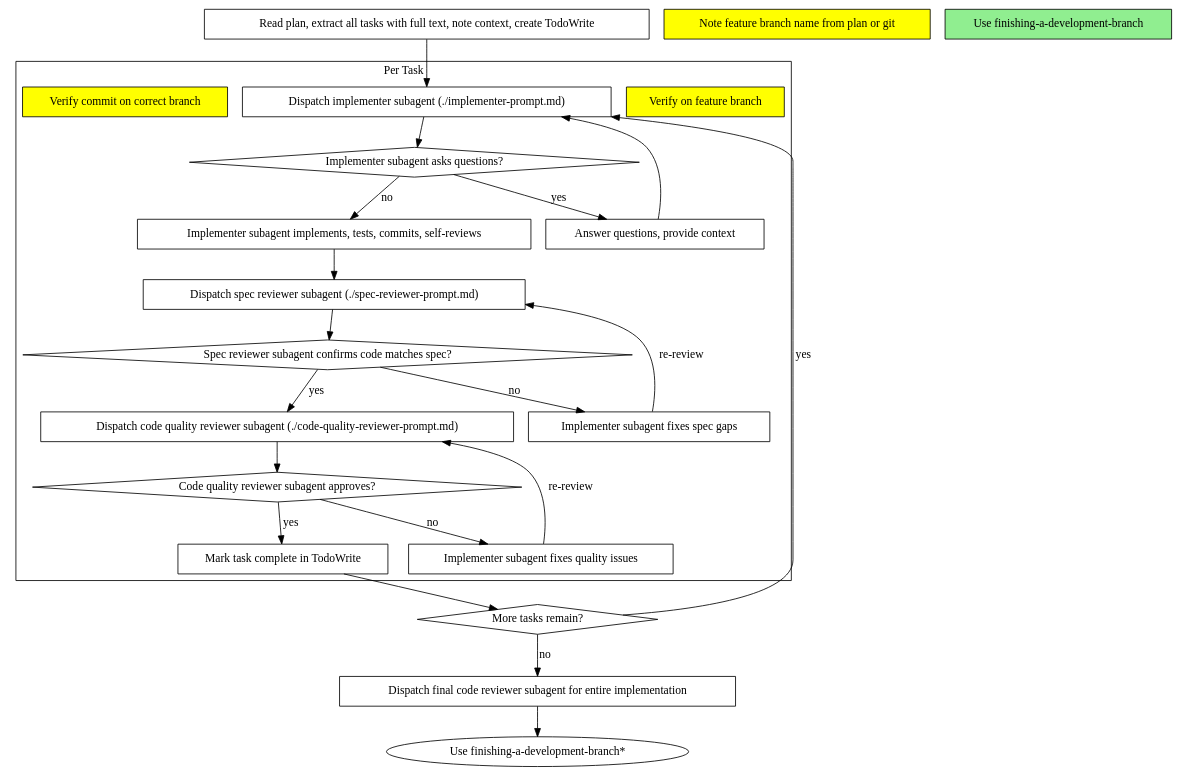
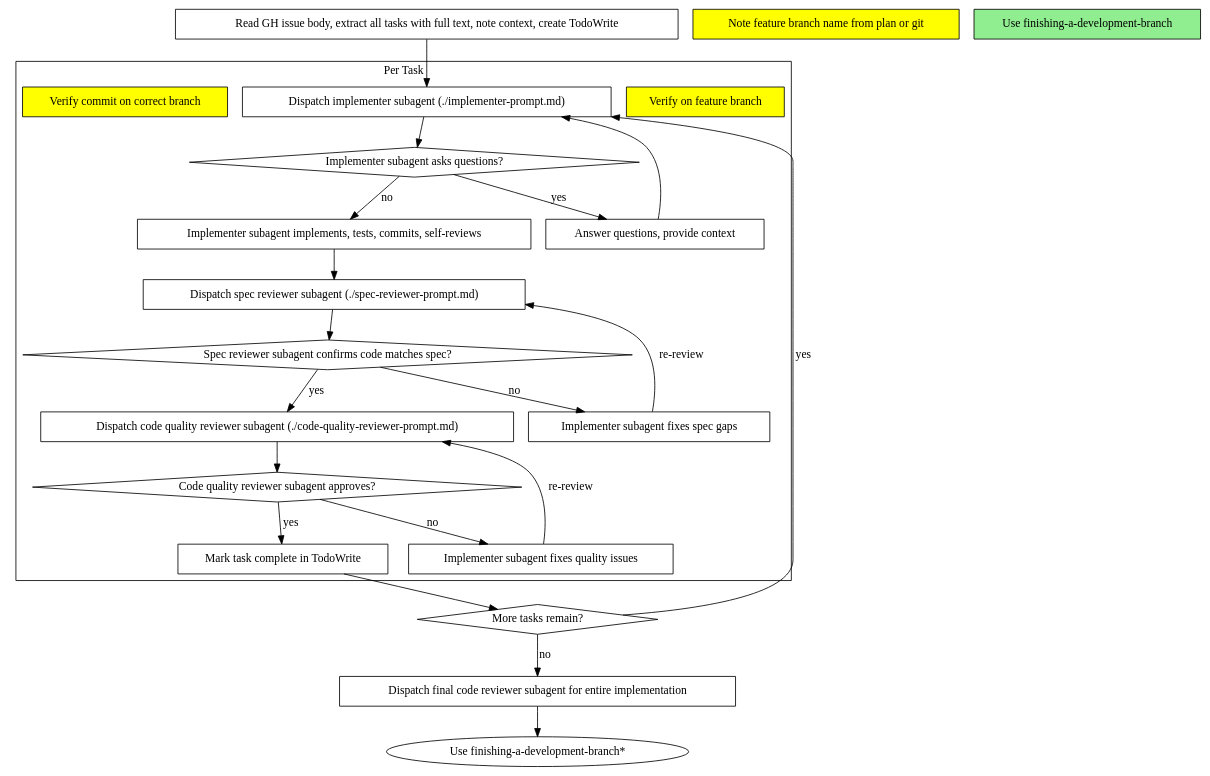
Before and after one commit to stevegrocott/claude-pipeline: the second of 2 diagrams in .claude/skills/subagent-driven-development/SKILL.md, drawn with Graphviz. The commit also changed other lines of this file and 3 other files, not shown here.

````diff
--- a/.claude/skills/subagent-driven-development/SKILL.md
+++ b/.claude/skills/subagent-driven-development/SKILL.md
@@ -44,47 +46,47 @@
 ```dot
 digraph process {
     rankdir=TB;
 
     subgraph cluster_per_task {
         label="Per Task";
         "Verify on feature branch" [shape=box style=filled fillcolor=yellow];
         "Dispatch implementer subagent (./implementer-prompt.md)" [shape=box];
         "Implementer subagent asks questions?" [shape=diamond];
         "Answer questions, provide context" [shape=box];
         "Implementer subagent implements, tests, commits, self-reviews" [shape=box];
         "Verify commit on correct branch" [shape=box style=filled fillcolor=yellow];
         "Dispatch spec reviewer subagent (./spec-reviewer-prompt.md)" [shape=box];
         "Spec reviewer subagent confirms code matches spec?" [shape=diamond];
         "Implementer subagent fixes spec gaps" [shape=box];
         "Dispatch code quality reviewer subagent (./code-quality-reviewer-prompt.md)" [shape=box];
         "Code quality reviewer subagent approves?" [shape=diamond];
         "Implementer subagent fixes quality issues" [shape=box];
         "Mark task complete in TodoWrite" [shape=box];
     }
 
     "Note feature branch name from plan or git" [shape=box style=filled fillcolor=yellow];
-    "Read plan, extract all tasks with full text, note context, create TodoWrite" [shape=box];
+    "Read GH issue body, extract all tasks with full text, note context, create TodoWrite" [shape=box];
     "More tasks remain?" [shape=diamond];
     "Dispatch final code reviewer subagent for entire implementation" [shape=box];
     "Use finishing-a-development-branch" [shape=box style=filled fillcolor=lightgreen];
 
-    "Read plan, extract all tasks with full text, note context, create TodoWrite" -> "Dispatch implementer subagent (./implementer-prompt.md)";
+    "Read GH issue body, extract all tasks with full text, note context, create TodoWrite" -> "Dispatch implementer subagent (./implementer-prompt.md)";
     "Dispatch implementer subagent (./implementer-prompt.md)" -> "Implementer subagent asks questions?";
     "Implementer subagent asks questions?" -> "Answer questions, provide context" [label="yes"];
     "Answer questions, provide context" -> "Dispatch implementer subagent (./implementer-prompt.md)";
     "Implementer subagent asks questions?" -> "Implementer subagent implements, tests, commits, self-reviews" [label="no"];
     "Implementer subagent implements, tests, commits, self-reviews" -> "Dispatch spec reviewer subagent (./spec-reviewer-prompt.md)";
     "Dispatch spec reviewer subagent (./spec-reviewer-prompt.md)" -> "Spec reviewer subagent confirms code matches spec?";
     "Spec reviewer subagent confirms code matches spec?" -> "Implementer subagent fixes spec gaps" [label="no"];
     "Implementer subagent fixes spec gaps" -> "Dispatch spec reviewer subagent (./spec-reviewer-prompt.md)" [label="re-review"];
     "Spec reviewer subagent confirms code matches spec?" -> "Dispatch code quality reviewer subagent (./code-quality-reviewer-prompt.md)" [label="yes"];
     "Dispatch code quality reviewer subagent (./code-quality-reviewer-prompt.md)" -> "Code quality reviewer subagent approves?";
     "Code quality reviewer subagent approves?" -> "Implementer subagent fixes quality issues" [label="no"];
     "Implementer subagent fixes quality issues" -> "Dispatch code quality reviewer subagent (./code-quality-reviewer-prompt.md)" [label="re-review"];
     "Code quality reviewer subagent approves?" -> "Mark task complete in TodoWrite" [label="yes"];
     "Mark task complete in TodoWrite" -> "More tasks remain?";
     "More tasks remain?" -> "Dispatch implementer subagent (./implementer-prompt.md)" [label="yes"];
     "More tasks remain?" -> "Dispatch final code reviewer subagent for entire implementation" [label="no"];
     "Dispatch final code reviewer subagent for entire implementation" -> "Use finishing-a-development-branch*";
 }
 ```
````
